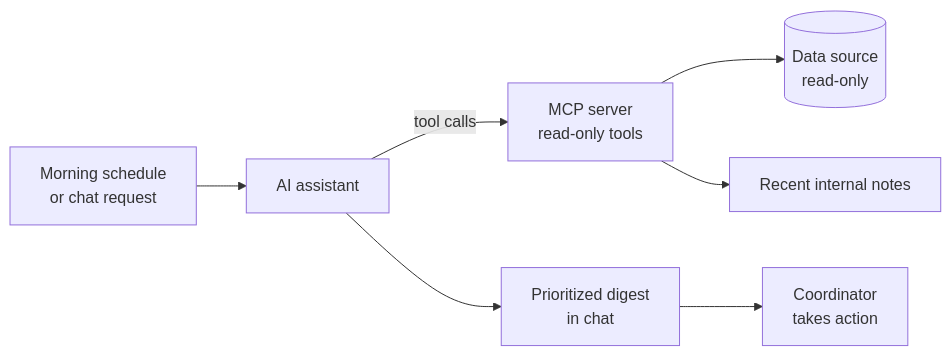
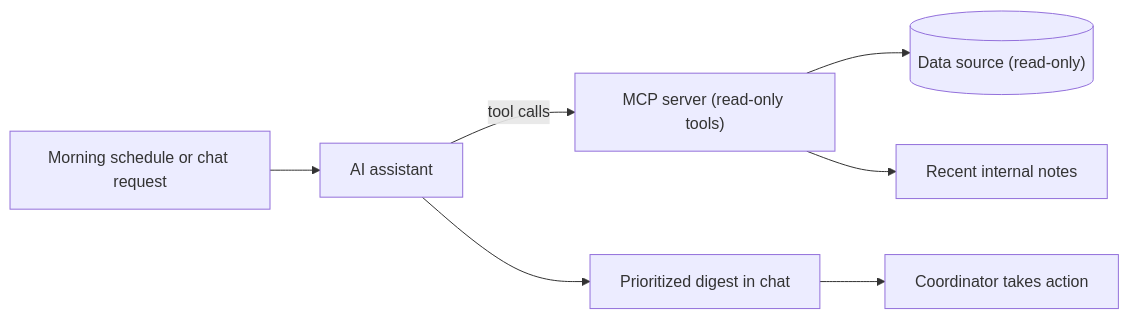
One commit to Maryna-Pynzenyk/QA-Portfolio changed the first of 2 diagrams in AI-case-studies.md. Above: the diagram before and after it, drawn with Mermaid. The commit also changed other lines of this file, not shown here.

````diff
--- a/AI-case-studies.md
+++ b/AI-case-studies.md
@@ -81,9 +44,9 @@
 ```mermaid
 flowchart LR
-    A[Morning schedule<br/>or chat request] --> B[AI assistant]
-    B -->|tool calls| C[MCP server<br/>read-only tools]
-    C --> D[(Data source<br/>read-only)]
-    C --> E[Recent internal notes]
-    B --> F[Prioritized digest<br/>in chat]
-    F --> G[Coordinator<br/>takes action]
+    A["Morning schedule or chat request"] --> B["AI assistant"]
+    B -->|tool calls| C["MCP server (read-only tools)"]
+    C --> D[("Data source (read-only)")]
+    C --> E["Recent internal notes"]
+    B --> F["Prioritized digest in chat"]
+    F --> G["Coordinator takes action"]
 ```
````
